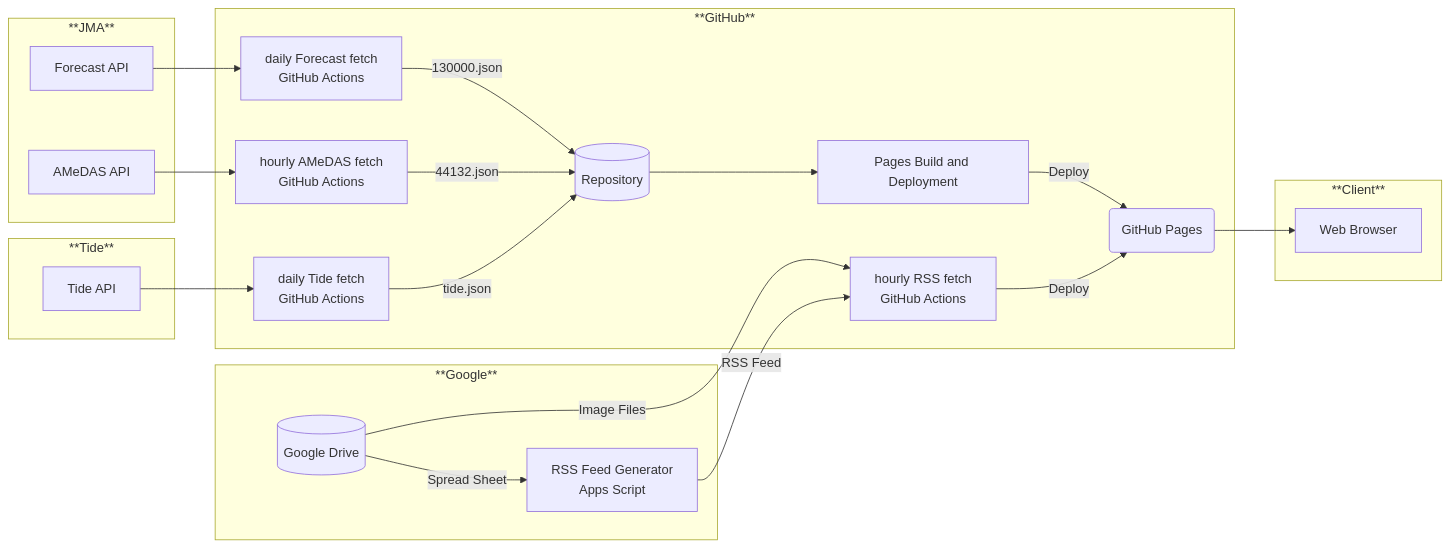
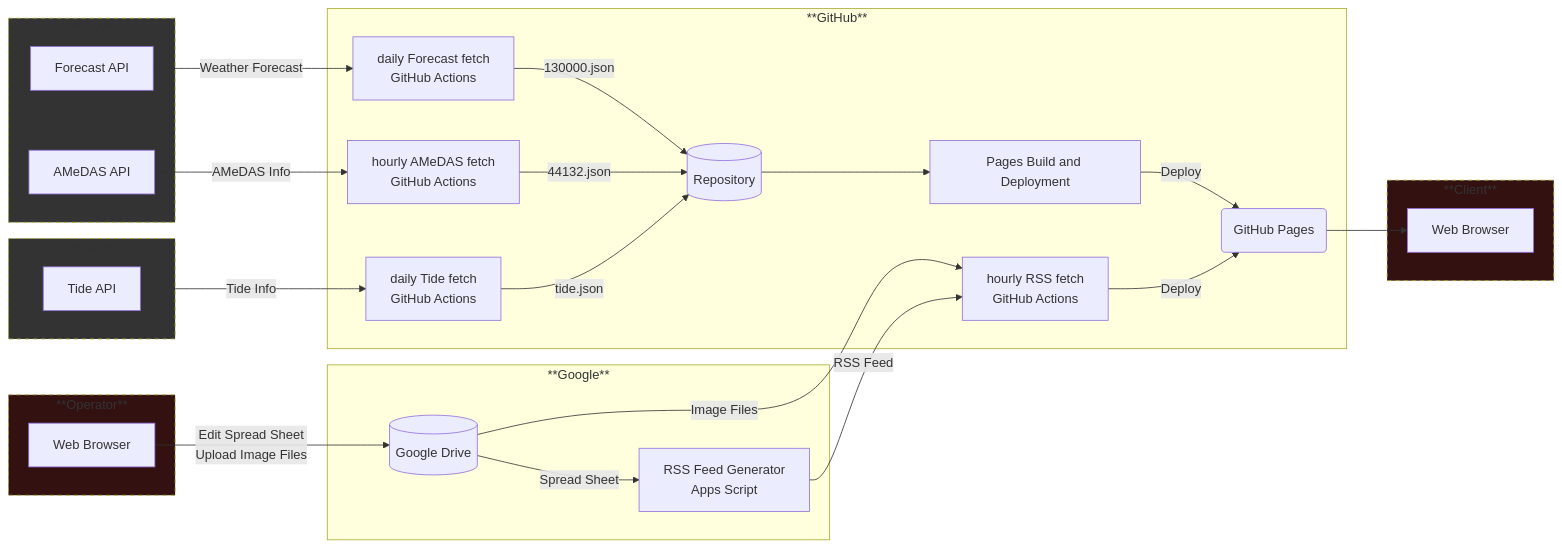
Before and after one commit to c1t0d0s0/phs: the diagram in architecture.md, drawn with Mermaid.

````diff
--- a/architecture.md
+++ b/architecture.md
@@ -1,49 +1,59 @@
 ```mermaid
 flowchart LR
   subgraph GitHub[**GitHub**]
     repository[(Repository)]
     actions_deploy[Pages Build and Deployment]
     actions_forecast[daily Forecast fetch<br>GitHub Actions]
     actions_amedas[hourly AMeDAS fetch<br>GitHub Actions]
     actions_rss[hourly RSS fetch<br>GitHub Actions]
     actions_tide[daily Tide fetch<br>GitHub Actions]
     pages(GitHub Pages)
   end
 
   subgraph Google[**Google**]
     drive[(Google Drive)]
     apps[RSS Feed Generator<br>Apps Script]
   end
 
   subgraph JMA[**JMA**]
     forecast_api[Forecast API]
     amedas_api[AMeDAS API]
   end
+  style JMA fill:#333333, stroke-dasharray: 5 5
 
   subgraph Tide[**Tide**]
     tide_api[Tide API]
   end
+  style Tide fill:#333333, stroke-dasharray: 5 5
 
   subgraph Client[**Client**]
     web_browser[Web Browser]
   end
+  style Client fill:#331111, stroke-dasharray: 5 5
+
+  subgraph Operator[**Operator**]
+    web_browser2[Web Browser]
+  end
+  style Operator fill:#331111, stroke-dasharray: 5 5
 
   repository --> actions_deploy
   actions_deploy -->|Deploy| pages
 
   drive -->|Spread Sheet| apps
   drive -->|Image Files| actions_rss
   apps -->|RSS Feed| actions_rss
   actions_rss -->|Deploy| pages
 
-  forecast_api --> actions_forecast
+  forecast_api -->|Weather Forecast| actions_forecast
   actions_forecast -->|130000.json| repository
 
-  amedas_api --> actions_amedas
+  amedas_api -->|AMeDAS Info| actions_amedas
   actions_amedas -->|44132.json| repository
 
-  tide_api --> actions_tide
+  tide_api -->|Tide Info| actions_tide
   actions_tide -->|tide.json| repository
 
   pages --> web_browser
+
+  web_browser2 -->|Edit Spread Sheet<br>Upload Image Files| drive
 ```
````
